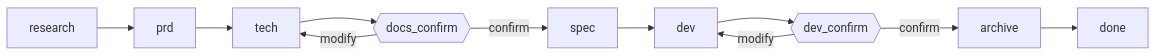
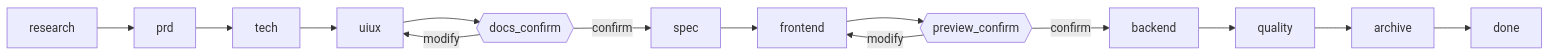
The diagram in README.md (KkOma-value/spec-dev-skill), drawn with Mermaid before and after one commit. The commit also changed other lines of this file and 8 other files, not shown here.

First line of the commit message:
@ feat: spec-dev v3.0.0 — 12-phase pipeline with UI/UX, quality gate, and work modes

````diff
--- a/README.md
+++ b/README.md
@@ -35,13 +51,16 @@
 ```mermaid
 flowchart LR
   A[research] --> B[prd]
   B --> C[tech]
-  C --> D{{docs_confirm}}
-  D -->|confirm| E[spec]
-  D -->|modify| C
-  E --> F[dev]
-  F --> G{{dev_confirm}}
-  G -->|confirm| H[archive]
-  G -->|modify| F
-  H --> I[done]
+  C --> D[uiux]
+  D --> E{{docs_confirm}}
+  E -->|confirm| F[spec]
+  E -->|modify| D
+  F --> G[frontend]
+  G --> H{{preview_confirm}}
+  H -->|confirm| I[backend]
+  H -->|modify| G
+  I --> J[quality]
+  J --> K[archive]
+  K --> L[done]
 ```
````
